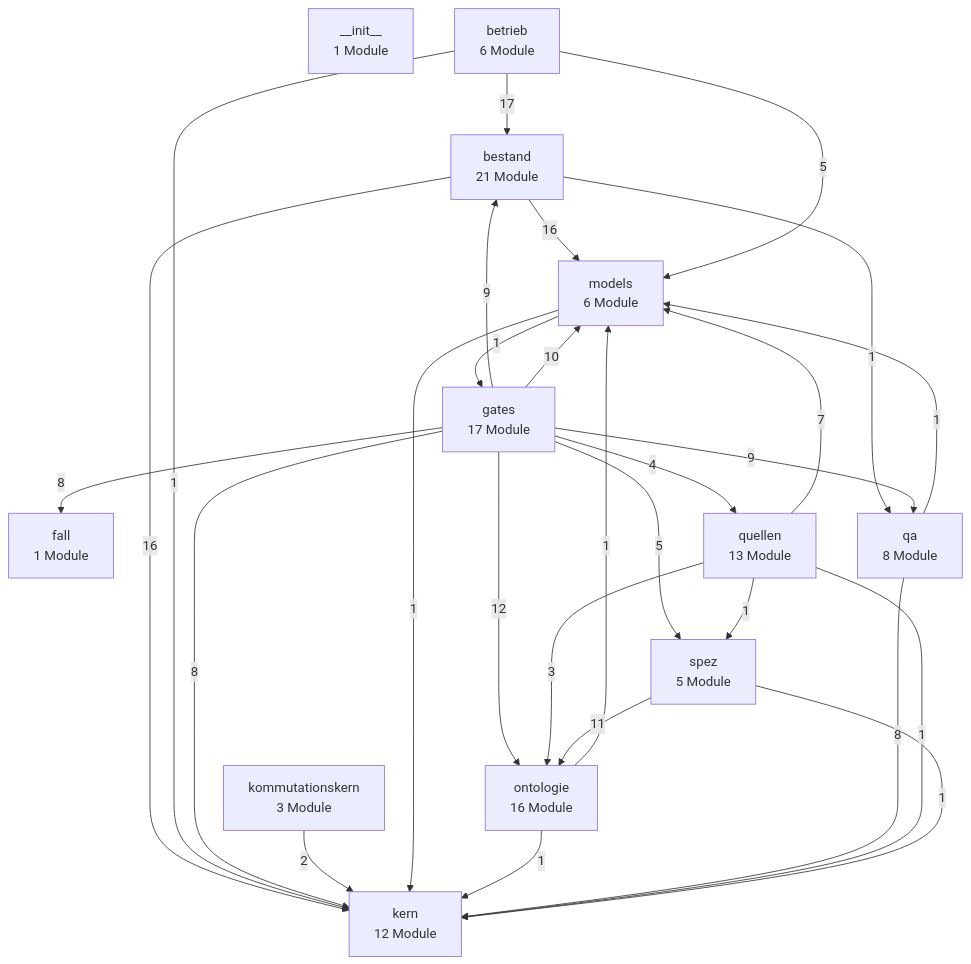
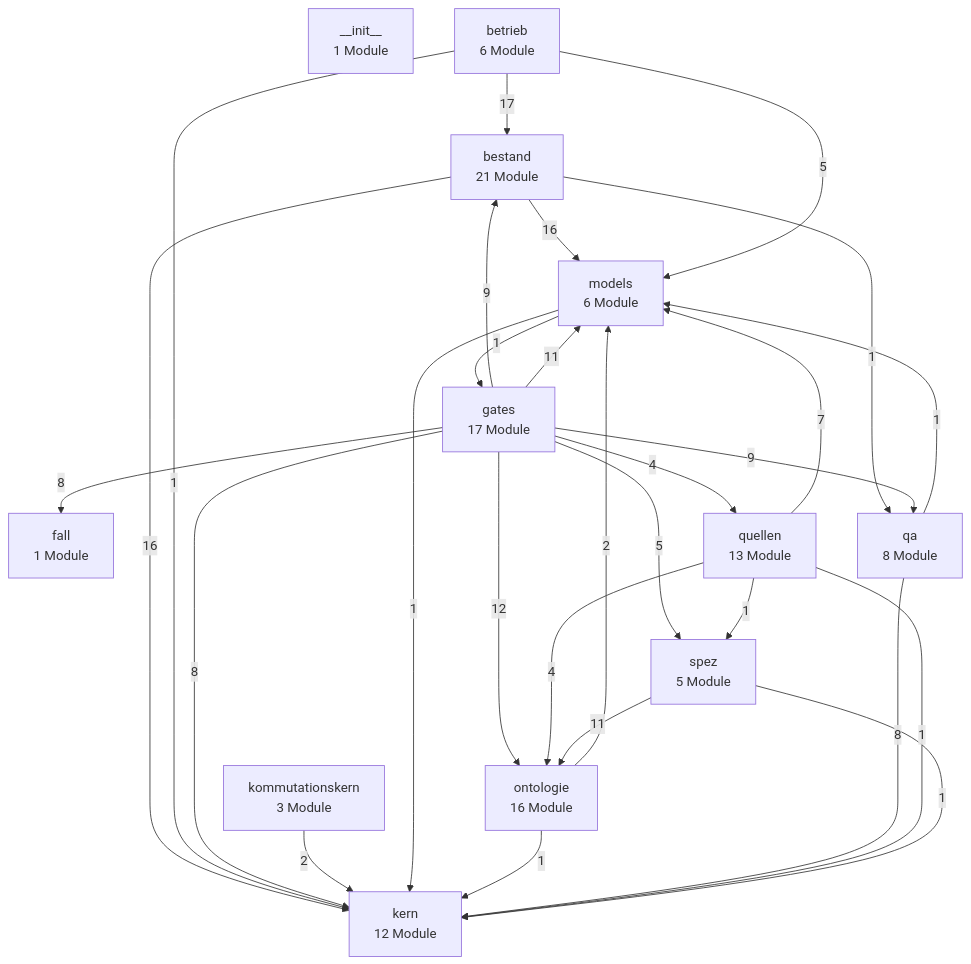
One commit to bartlmac/rechner-pipeline changed the first of 3 diagrams in docs/architektur/landkarte.md. Above: the diagram before and after it, drawn with Mermaid. The commit also changed other lines of this file and 23 other files, not shown here.

````diff
--- a/docs/architektur/landkarte.md
+++ b/docs/architektur/landkarte.md
@@ -27,43 +27,43 @@
 ```mermaid
 %% Schichten — erzeugt von ontologie.landkarte
 flowchart TD
     n__init__["__init__<br/>1 Module"]
     bestand["bestand<br/>21 Module"]
     betrieb["betrieb<br/>6 Module"]
     fall["fall<br/>1 Module"]
     gates["gates<br/>17 Module"]
     kern["kern<br/>12 Module"]
     kommutationskern["kommutationskern<br/>3 Module"]
     models["models<br/>6 Module"]
     ontologie["ontologie<br/>16 Module"]
     qa["qa<br/>8 Module"]
     quellen["quellen<br/>13 Module"]
     spez["spez<br/>5 Module"]
     bestand -- 16 --> kern
     bestand -- 16 --> models
     bestand -- 1 --> qa
     betrieb -- 17 --> bestand
     betrieb -- 1 --> kern
     betrieb -- 5 --> models
     gates -- 9 --> bestand
     gates -- 8 --> fall
     gates -- 8 --> kern
-    gates -- 10 --> models
+    gates -- 11 --> models
     gates -- 12 --> ontologie
     gates -- 9 --> qa
     gates -- 4 --> quellen
     gates -- 5 --> spez
     kommutationskern -- 2 --> kern
     models -- 1 --> gates
     models -- 1 --> kern
     ontologie -- 1 --> kern
-    ontologie -- 1 --> models
+    ontologie -- 2 --> models
     qa -- 8 --> kern
     qa -- 1 --> models
     quellen -- 1 --> kern
     quellen -- 7 --> models
-    quellen -- 3 --> ontologie
+    quellen -- 4 --> ontologie
     quellen -- 1 --> spez
     spez -- 1 --> kern
     spez -- 11 --> ontologie
 ```
````
